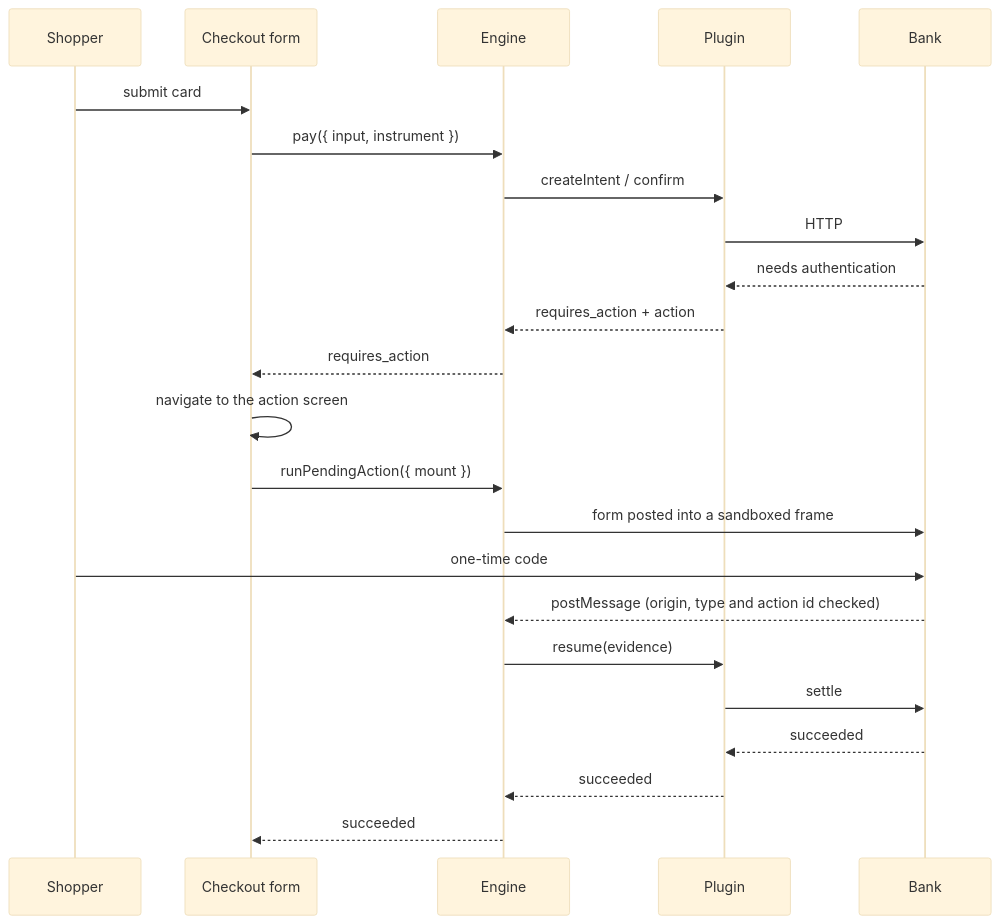
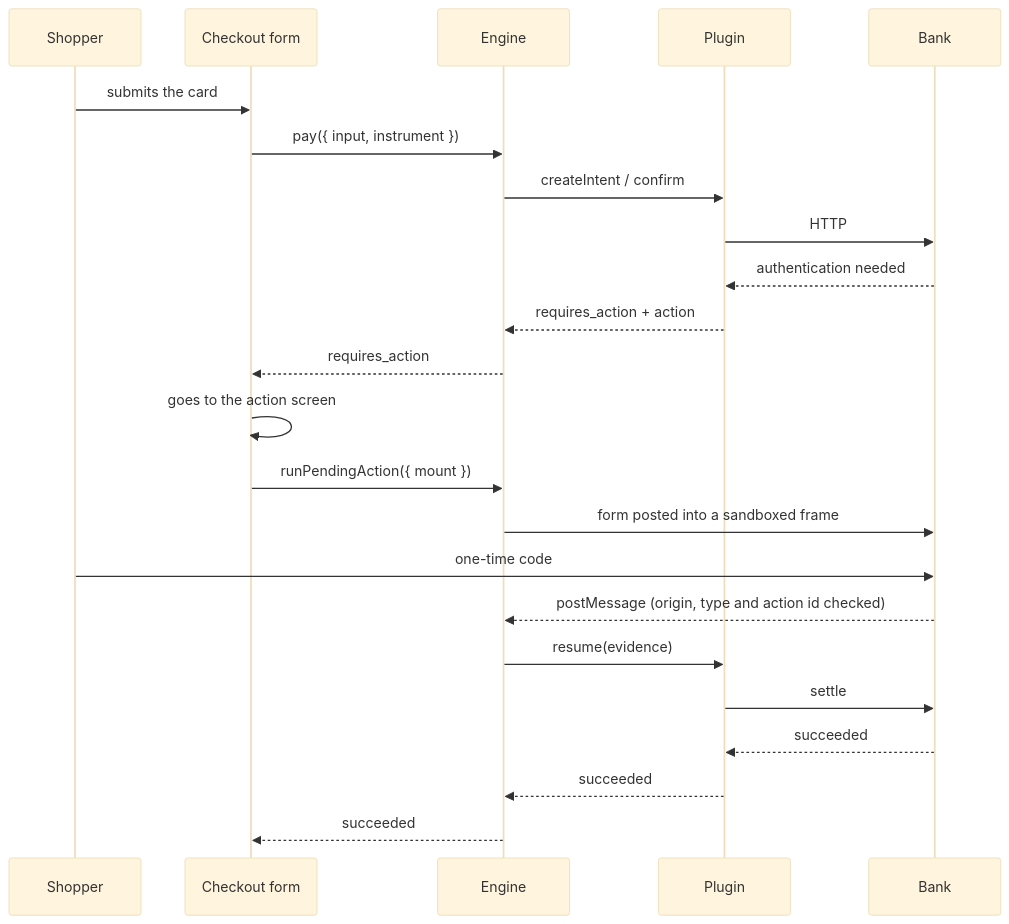
Before and after one commit to themafia98/payment-gateway: the second of 3 diagrams in docs/architecture.md, drawn with Mermaid (base theme). The commit also changed other lines of this file and 60 other files, not shown here.

````diff
--- a/docs/architecture.md
+++ b/docs/architecture.md
@@ -114,26 +104,26 @@
 ```mermaid
 sequenceDiagram
     participant S as Shopper
     participant F as Checkout form
     participant E as Engine
     participant P as Plugin
     participant B as Bank
 
-    S->>F: submit card
+    S->>F: submits the card
     F->>E: pay({ input, instrument })
     E->>P: createIntent / confirm
     P->>B: HTTP
-    B-->>P: needs authentication
+    B-->>P: authentication needed
     P-->>E: requires_action + action
     E-->>F: requires_action
-    F->>F: navigate to the action screen
+    F->>F: goes to the action screen
     F->>E: runPendingAction({ mount })
     E->>B: form posted into a sandboxed frame
     S->>B: one-time code
     B-->>E: postMessage (origin, type and action id checked)
     E->>P: resume(evidence)
     P->>B: settle
     B-->>P: succeeded
     P-->>E: succeeded
     E-->>F: succeeded
 ```
````
